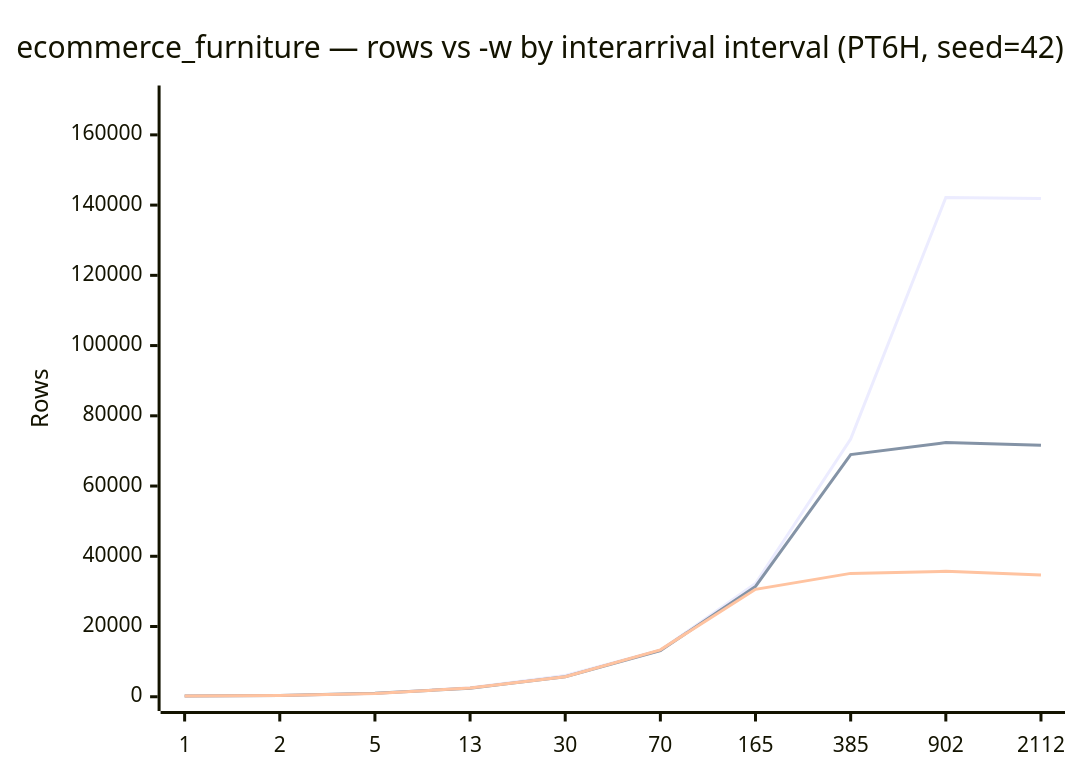
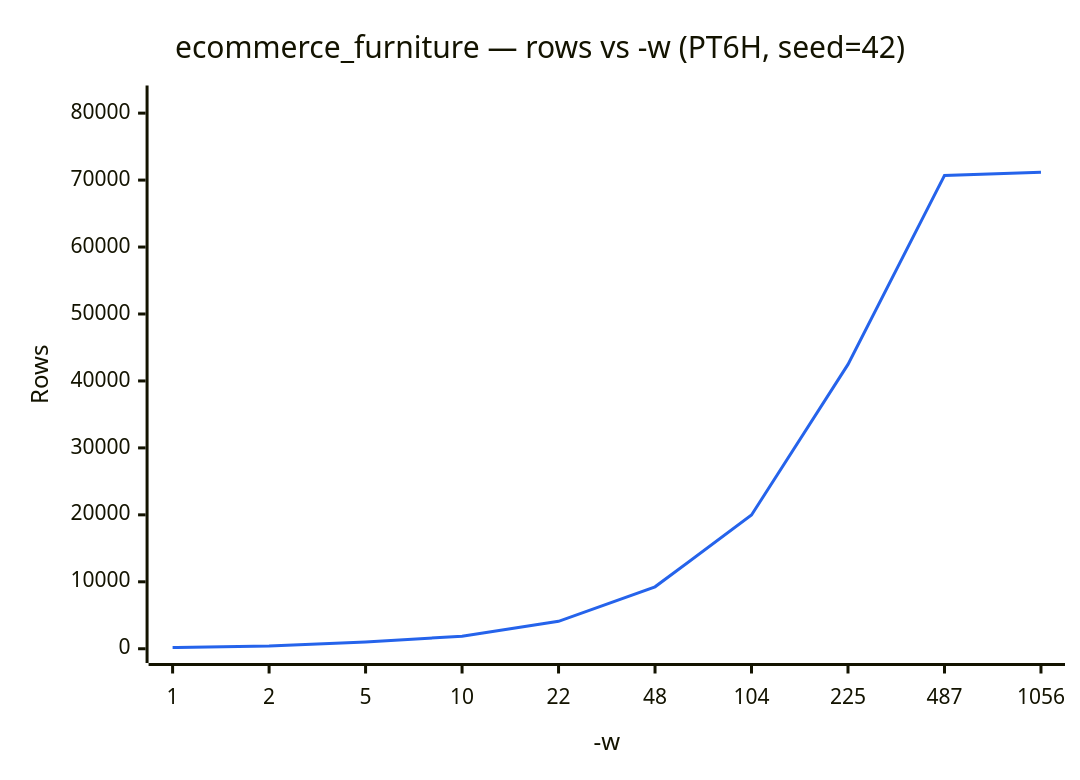
One commit to implydata/imply-eventgenerator changed the fifth of 5 diagrams in docs/presets/ecommerce_furniture.md. Above: the diagram before and after it, drawn with Mermaid. The commit also changed other lines of this file and 6 other files, not shown here.

````diff
--- a/docs/presets/ecommerce_furniture.md
+++ b/docs/presets/ecommerce_furniture.md
@@ -207,9 +192,8 @@
 ```mermaid
+%%{init: {'themeVariables': {'xyChart': {'plotColorPalette': '#2563eb'}}}}%%
 xychart-beta
-    title "ecommerce_furniture — rows vs -w by interarrival interval (PT6H, seed=42)"
-    x-axis [1, 2, 5, 13, 30, 70, 165, 385, 902, 2112]
-    y-axis "Rows" 0 --> 170000
-    line [181, 386, 936, 2551, 6089, 13230, 32248, 73385, 142163, 141907]
-    line [181, 381, 968, 2448, 5718, 13162, 31399, 68947, 72369, 71584]
-    line [183, 361, 909, 2475, 5702, 13362, 30590, 35131, 35711, 34668]
+    title "ecommerce_furniture — rows vs -w (PT6H, seed=42)"
+    x-axis "-w" [1, 2, 5, 10, 22, 48, 104, 225, 487, 1056]
+    y-axis "Rows" 0 --> 82000
+    line [178, 393, 1002, 1873, 4099, 9251, 19967, 42471, 70688, 71184]
 ```
````
